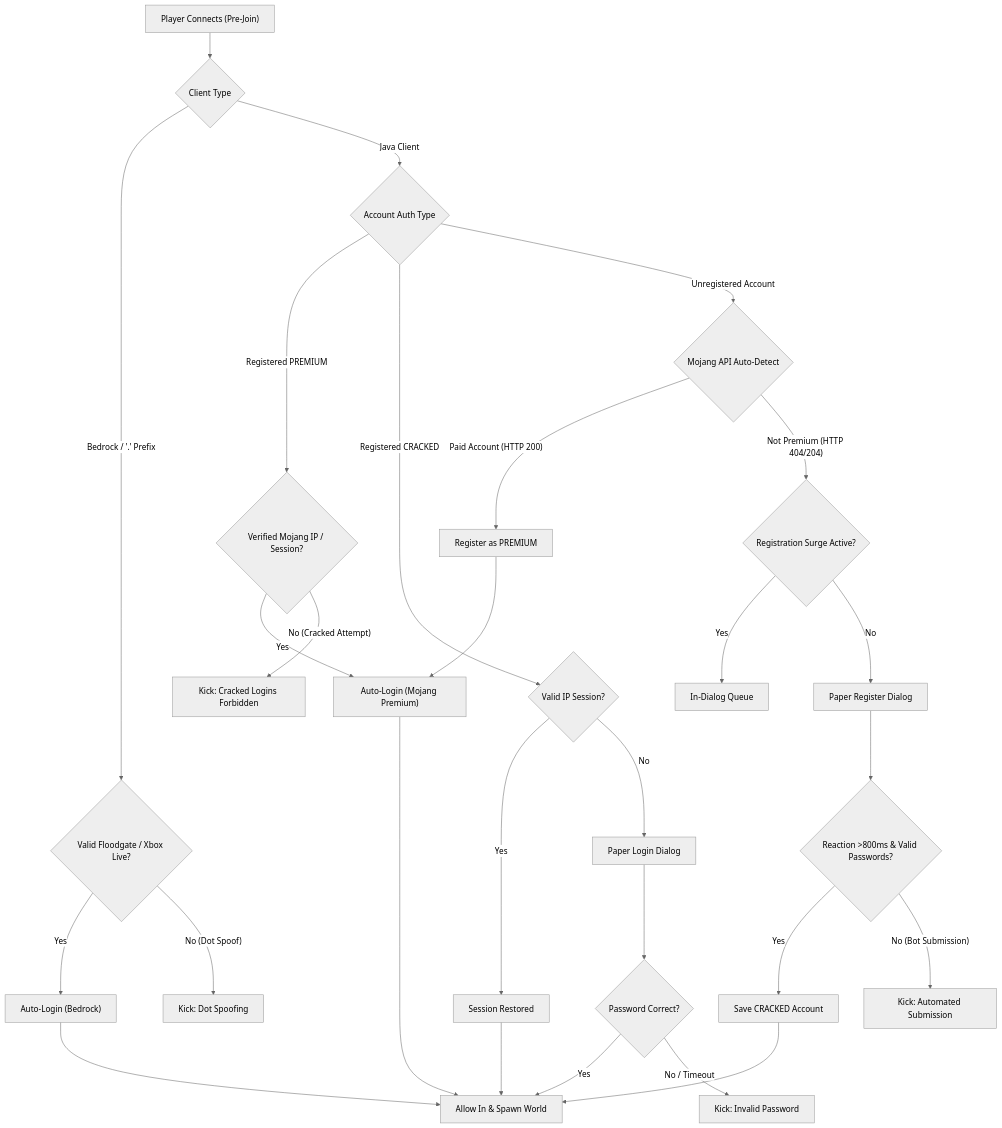
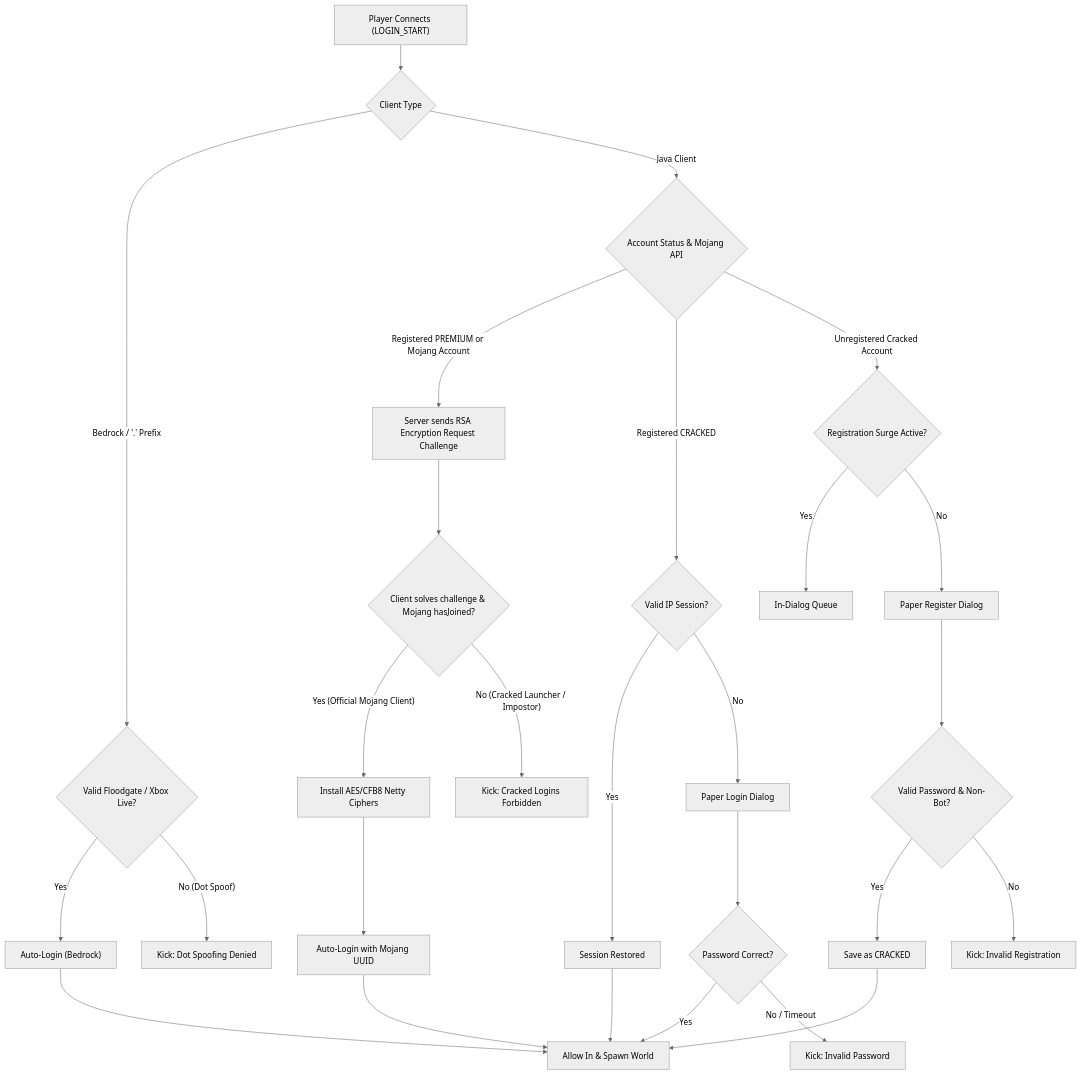
Before and after one commit to YohanTirnue/Tirnue-Authenticator-Login-Minecraft-Paper-Free-Auto-Premium-Login-Bedrock-Support: the diagram in README.md, drawn with Mermaid (neutral theme). The commit also changed other lines of this file and 9 other files, not shown here.

First line of the commit message:
Implement PacketEvents Mojang cryptographic verification for offline-mode server

````diff
--- a/README.md
+++ b/README.md
@@ -11,39 +13,39 @@
 ```mermaid
 flowchart TD
-    A["Player Connects (Pre-Join)"] --> B{"Client Type"}
+    A["Player Connects (LOGIN_START)"] --> B{"Client Type"}
 
     %% Bedrock Branch
     B -- "Bedrock / '.' Prefix" --> C{"Valid Floodgate / Xbox Live?"}
     C -- "Yes" --> D["Auto-Login (Bedrock)"]
-    C -- "No (Dot Spoof)" --> K1["Kick: Dot Spoofing"]
+    C -- "No (Dot Spoof)" --> K1["Kick: Dot Spoofing Denied"]
 
     %% Java Branch
-    B -- "Java Client" --> E{"Account Auth Type"}
+    B -- "Java Client" --> E{"Account Status & Mojang API"}
 
-    %% Premium Branch
-    E -- "Registered PREMIUM" --> F{"Verified Mojang IP / Session?"}
-    F -- "Yes" --> G["Auto-Login (Mojang Premium)"]
-    F -- "No (Cracked Attempt)" --> K2["Kick: Cracked Logins Forbidden"]
+    %% Premium Branch (Cryptographic challenge)
+    E -- "Registered PREMIUM or Mojang Account" --> F["Server sends RSA Encryption Request Challenge"]
+    F --> G{"Client solves challenge & Mojang hasJoined?"}
+    G -- "Yes (Official Mojang Client)" --> H["Install AES/CFB8 Netty Ciphers"]
+    H --> I["Auto-Login with Mojang UUID"]
+    G -- "No (Cracked Launcher / Impostor)" --> K2["Kick: Cracked Logins Forbidden"]
 
     %% Cracked Branch
-    E -- "Registered CRACKED" --> H{"Valid IP Session?"}
-    H -- "Yes" --> I["Session Restored"]
-    H -- "No" --> J["Paper Login Dialog"]
-    J --> J1{"Password Correct?"}
-    J1 -- "Yes" --> M["Allow In & Spawn World"]
-    J1 -- "No / Timeout" --> K3["Kick: Invalid Password"]
+    E -- "Registered CRACKED" --> J{"Valid IP Session?"}
+    J -- "Yes" --> S1["Session Restored"]
+    J -- "No" --> P1["Paper Login Dialog"]
+    P1 --> V1{"Password Correct?"}
+    V1 -- "Yes" --> M["Allow In & Spawn World"]
+    V1 -- "No / Timeout" --> K3["Kick: Invalid Password"]
 
-    %% Unregistered Branch
-    E -- "Unregistered Account" --> L{"Mojang API Auto-Detect"}
-    L -- "Paid Account (HTTP 200)" --> L1["Register as PREMIUM"] --> G
-    L -- "Not Premium (HTTP 404/204)" --> N{"Registration Surge Active?"}
+    %% Unregistered Non-Premium
+    E -- "Unregistered Cracked Account" --> N{"Registration Surge Active?"}
     N -- "Yes" --> O["In-Dialog Queue"]
-    N -- "No" --> P["Paper Register Dialog"]
-    P --> P1{"Reaction >800ms & Valid Passwords?"}
-    P1 -- "Yes" --> Q["Save CRACKED Account"] --> M
-    P1 -- "No (Bot Submission)" --> K4["Kick: Automated Submission"]
+    N -- "No" --> P2["Paper Register Dialog"]
+    P2 --> V2{"Valid Password & Non-Bot?"}
+    V2 -- "Yes" --> Q["Save as CRACKED"] --> M
+    V2 -- "No" --> K4["Kick: Invalid Registration"]
 
     D --> M
-    G --> M
     I --> M
+    S1 --> M
 ```
````
